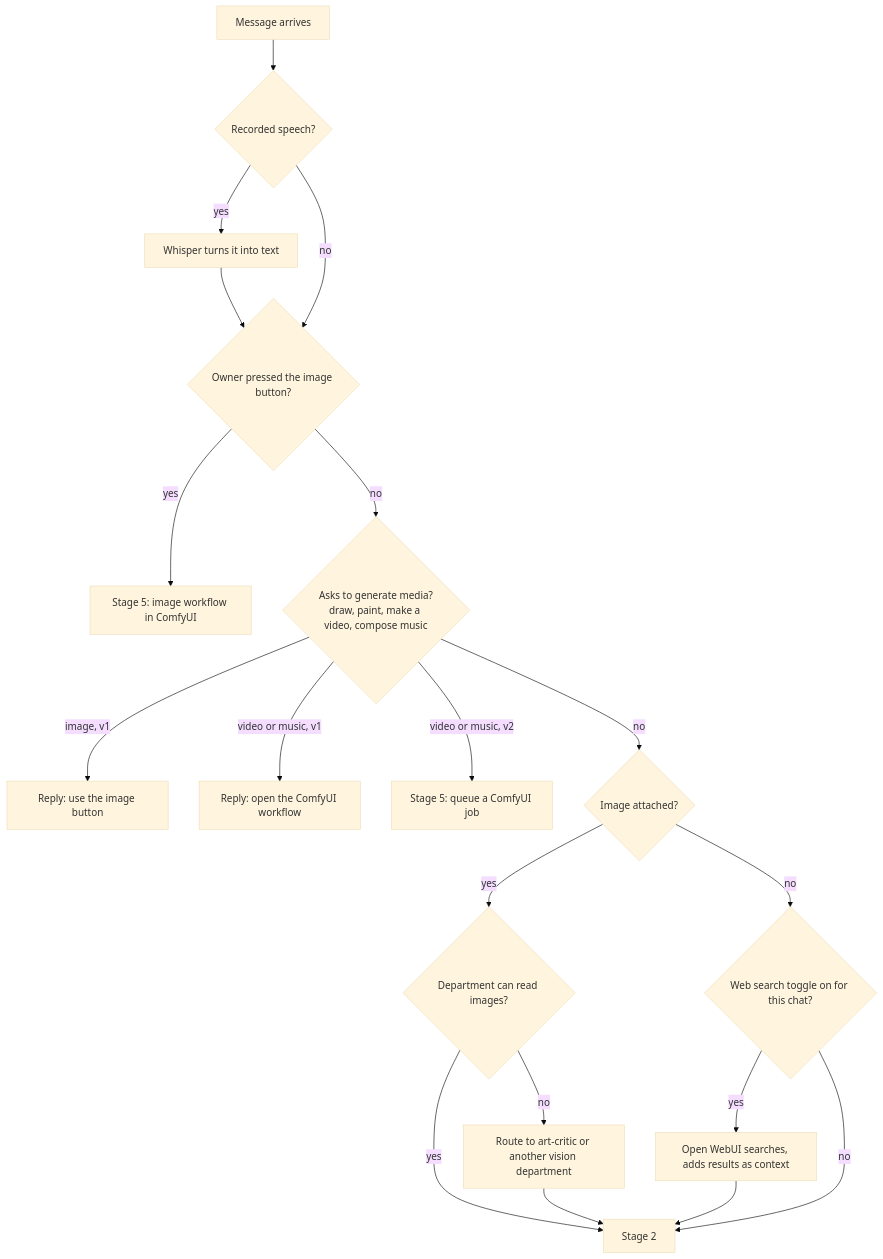
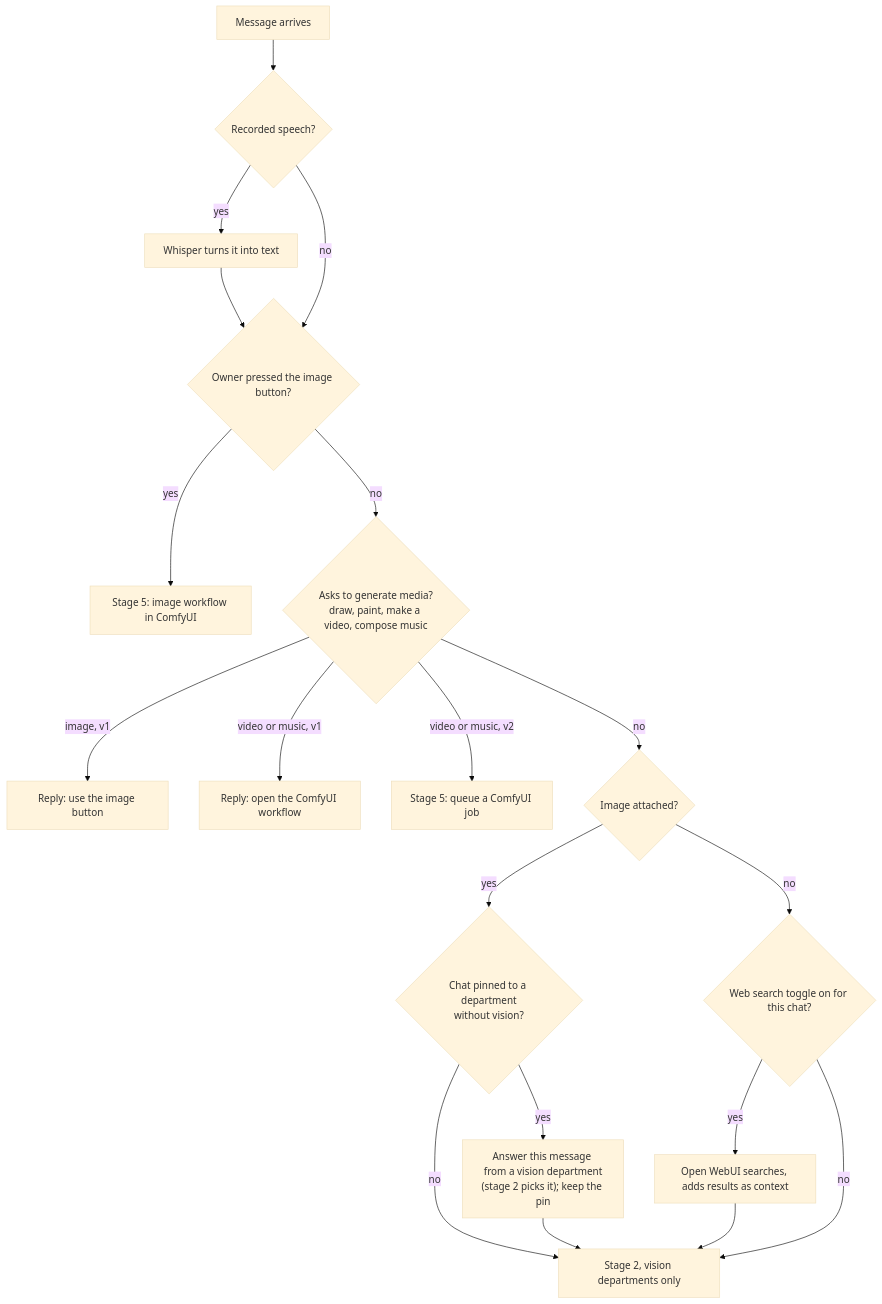
Before and after one commit to techtana/personal-agent-stack: the second of 7 diagrams in docs/knowledge/routing-across-models-and-media.md, drawn with Mermaid (base theme). The commit also changed other lines of this file and 7 other files, not shown here.

````diff
--- a/docs/knowledge/routing-across-models-and-media.md
+++ b/docs/knowledge/routing-across-models-and-media.md
@@ -79,18 +79,18 @@
 ```mermaid
 flowchart TD
   A[Message arrives] --> B{Recorded speech?}
   B -->|yes| B1[Whisper turns it into text] --> C
   B -->|no| C{"Owner pressed the image button?"}
   C -->|yes| IMG[Stage 5: image workflow in ComfyUI]
   C -->|no| D{"Asks to generate media?<br/>draw, paint, make a video, compose music"}
   D -->|"image, v1"| D1[Reply: use the image button] 
   D -->|"video or music, v1"| D2[Reply: open the ComfyUI workflow]
   D -->|"video or music, v2"| JOB[Stage 5: queue a ComfyUI job]
   D -->|no| E{Image attached?}
-  E -->|yes| E1{Department can read images?}
-  E1 -->|yes| EXP[Stage 2]
-  E1 -->|no| E2[Route to art-critic or another vision department] --> EXP
+  E -->|yes| E1{"Chat pinned to a department<br/>without vision?"}
+  E1 -->|no| EXP[Stage 2, vision departments only]
+  E1 -->|yes| E2["Answer this message from a vision department<br/>(stage 2 picks it); keep the pin"] --> EXP
   E -->|no| F{"Web search toggle on for this chat?"}
   F -->|yes| F1[Open WebUI searches, adds results as context] --> EXP
   F -->|no| EXP
 ```
````
